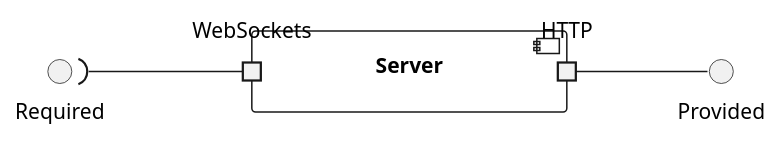
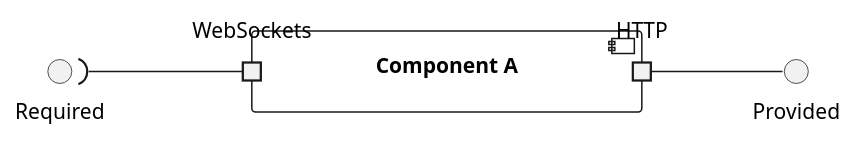
One commit to sybarry/Trivial_Pursuit_CL changed the second of 8 diagrams in trivial-doc/modules/developement/pages/composants.adoc. Above: the diagram before and after it, drawn with PlantUML. The commit also changed other lines of this file and 1 other file, not shown here.

```diff
--- a/trivial-doc/modules/developement/pages/composants.adoc
+++ b/trivial-doc/modules/developement/pages/composants.adoc
@@ -24,19 +24,19 @@
 [plantuml]
 ....
 @startuml
 left to right direction
 
-component Server {
+component A as "Component A" {
     portin "WebSockets" as cws
     portout "HTTP" as sws
 }
 
 interface Provided
 
 interface Required
 
 
 sws --() Provided
 Required  )-- cws
 @enduml
 ....
```
